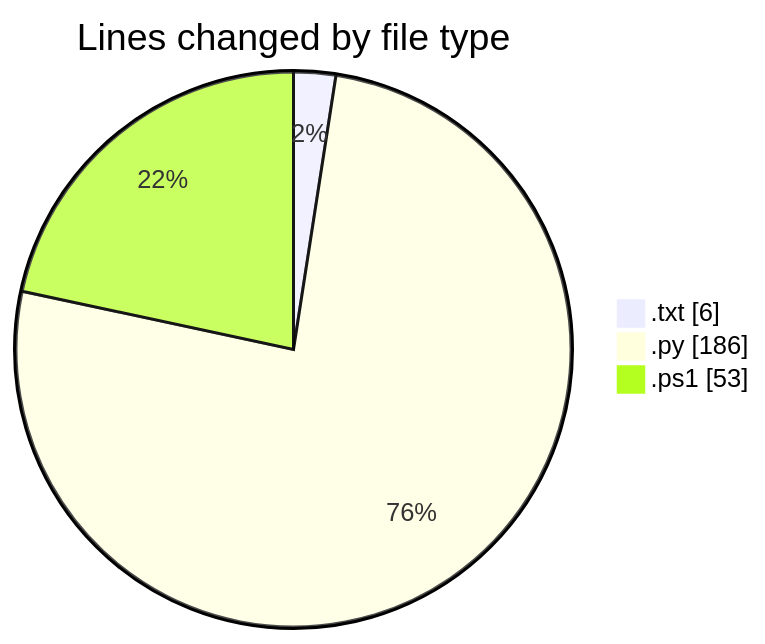
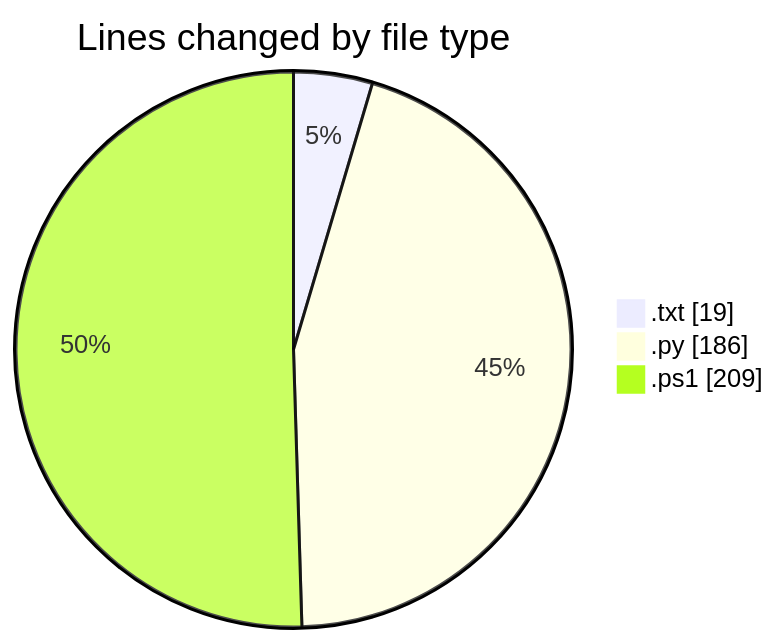
The first of 2 diagrams in 2025-05-16/python_app_deploy/README.md (CELIANVF/code-tracking), drawn with Mermaid before and after one commit. The commit also changed other lines of this file and 1 other file, not shown here.

````diff
--- a/2025-05-16/python_app_deploy/README.md
+++ b/2025-05-16/python_app_deploy/README.md
@@ -22,7 +24,7 @@
 ```mermaid
 pie showData
 title Lines changed by file type
-".txt" : 6
+".txt" : 19
 ".py" : 186
-".ps1" : 53
+".ps1" : 209
 ```
````
